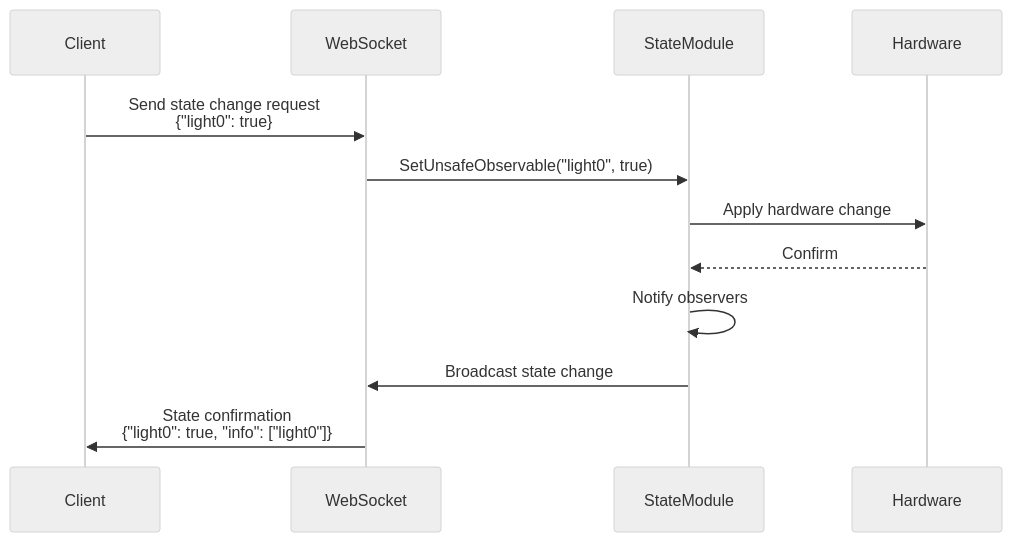
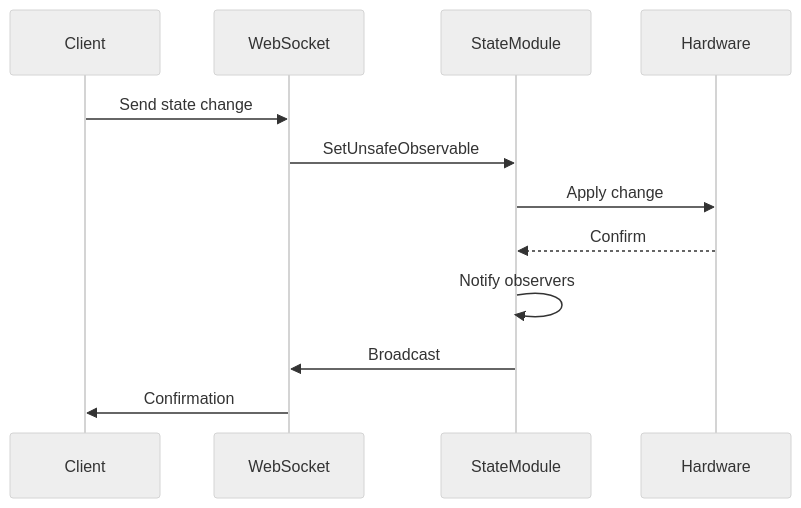
One commit to JayeshKakkad-Rotoclear/Rotoclear-C-Pro-Docs changed the second of 2 diagrams in docs/architecture/state-management.md. Above: the diagram before and after it, drawn with Mermaid (neutral theme). The commit also changed 16 other files, not shown here.

Commit message:
Fix Mermaid diagram text overflow issues - Simplified all node labels to prevent text cutoff - Removed line breaks from node text - Shortened labels while maintaining clarity - Fixed all diagrams to display properly on website

````diff
--- a/docs/architecture/state-management.md
+++ b/docs/architecture/state-management.md
@@ -51,15 +51,15 @@
 ```mermaid
 sequenceDiagram
     participant Client
     participant WebSocket
     participant StateModule
     participant Hardware
     
-    Client->>WebSocket: Send state change request<br/>{"light0": true}
-    WebSocket->>StateModule: SetUnsafeObservable("light0", true)
-    StateModule->>Hardware: Apply hardware change
+    Client->>WebSocket: Send state change
+    WebSocket->>StateModule: SetUnsafeObservable
+    StateModule->>Hardware: Apply change
     Hardware-->>StateModule: Confirm
     StateModule->>StateModule: Notify observers
-    StateModule->>WebSocket: Broadcast state change
-    WebSocket->>Client: State confirmation<br/>{"light0": true, "info": ["light0"]}
+    StateModule->>WebSocket: Broadcast
+    WebSocket->>Client: Confirmation
 ```
````
